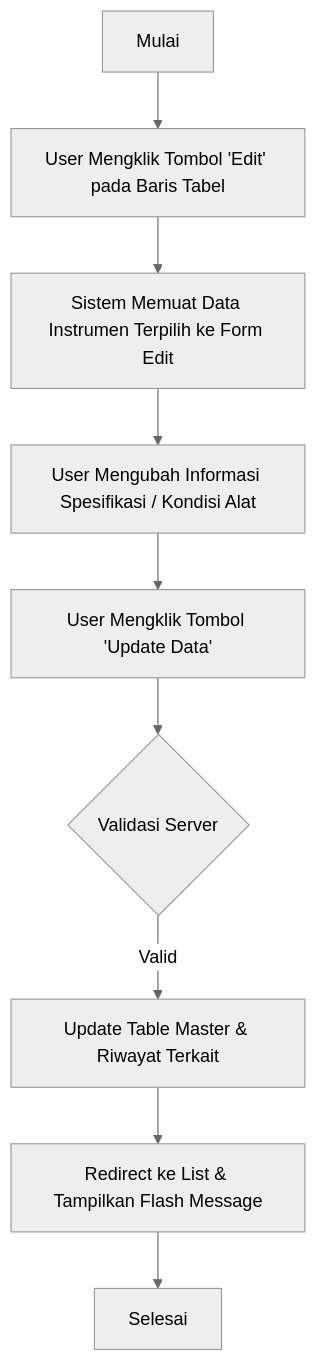
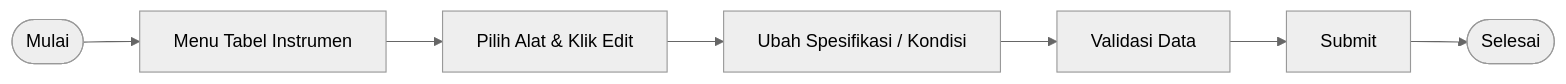
The fifth of 11 diagrams in bpm_blueprint_teknis.md (ebenlimbong/pmn-kalibrasi), drawn with Mermaid (neutral theme) before and after one commit. The commit also changed other lines of this file and 1 other file, not shown here.

Commit message:
docs: selaraskan format tabel rincian proses bisnis 100% persis dengan standar blueprint inalum

````diff
--- a/bpm_blueprint_teknis.md
+++ b/bpm_blueprint_teknis.md
@@ -156,11 +131,4 @@
 ```mermaid
-flowchart TD
-    A[Mulai] --> B[User Mengklik Tombol 'Edit' pada Baris Tabel]
-    B --> C[Sistem Memuat Data Instrumen Terpilih ke Form Edit]
-    C --> D[User Mengubah Informasi Spesifikasi / Kondisi Alat]
-    D --> E[User Mengklik Tombol 'Update Data']
-    E --> F{Validasi Server}
-    F -->|Valid| G[Update Table Master & Riwayat Terkait]
-    G --> H[Redirect ke List & Tampilkan Flash Message]
-    H --> I[Selesai]
+flowchart LR
+    A([Mulai]) --> B[Menu Tabel Instrumen] --> C[Pilih Alat & Klik Edit] --> D[Ubah Spesifikasi / Kondisi] --> E[Validasi Data] --> F[Submit] --> G([Selesai])
 ```
````
